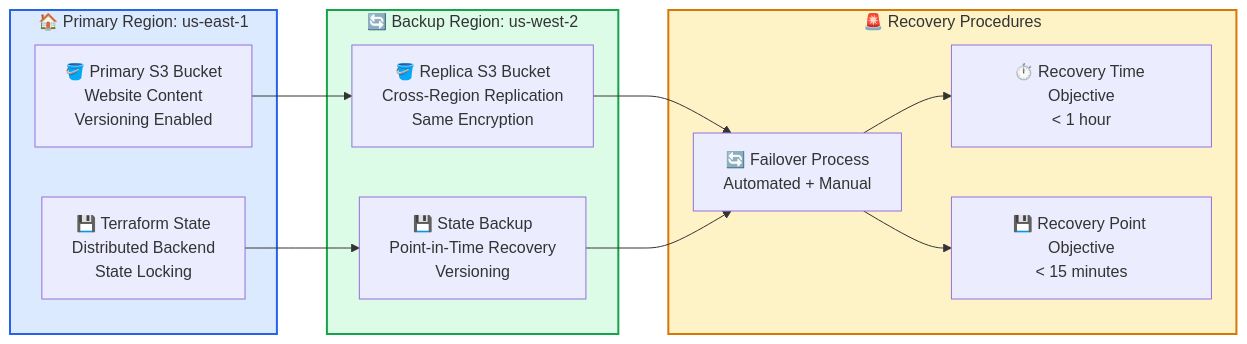
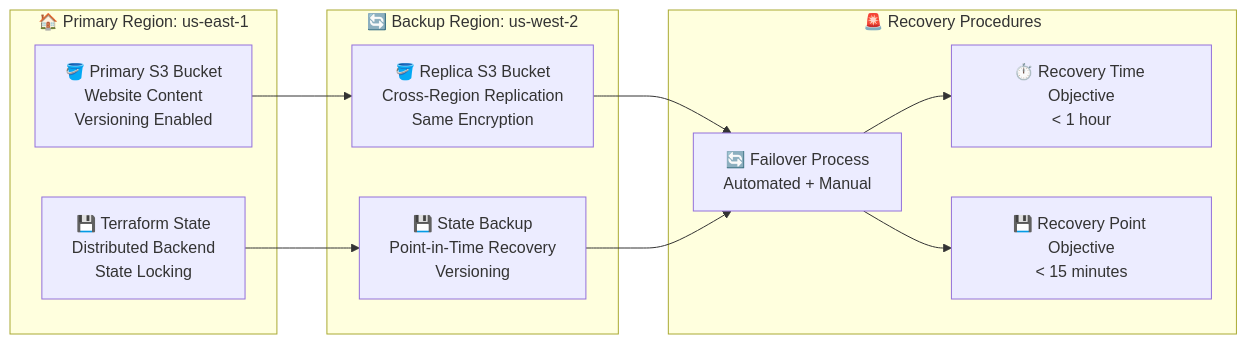
Before and after one commit to Celtikill/static-site: the eighth of 8 diagrams in docs/architecture.md, drawn with Mermaid. The commit also changed other lines of this file and 5 other files, not shown here.

````diff
--- a/docs/architecture.md
+++ b/docs/architecture.md
@@ -352,33 +300,27 @@
 ```mermaid
 graph LR
     subgraph Primary["🏠 Primary Region: us-east-1"]
         S3Primary["🪣 Primary S3 Bucket<br/>Website Content<br/>Versioning Enabled"]
         StatePrimary["💾 Terraform State<br/>Distributed Backend<br/>State Locking"]
     end
 
     subgraph Backup["🔄 Backup Region: us-west-2"]
         S3Replica["🪣 Replica S3 Bucket<br/>Cross-Region Replication<br/>Same Encryption"]
         StateBackup["💾 State Backup<br/>Point-in-Time Recovery<br/>Versioning"]
     end
 
     subgraph Recovery["🚨 Recovery Procedures"]
         RTO["⏱️ Recovery Time Objective<br/>< 1 hour"]
         RPO["💾 Recovery Point Objective<br/>< 15 minutes"]
         Failover["🔄 Failover Process<br/>Automated + Manual"]
     end
 
     S3Primary --> S3Replica
     StatePrimary --> StateBackup
     S3Replica --> Failover
     StateBackup --> Failover
     Failover --> RTO
     Failover --> RPO
 
-    classDef primaryStyle fill:#dbeafe,stroke:#2563eb,stroke-width:2px
-    classDef backupStyle fill:#dcfce7,stroke:#16a34a,stroke-width:2px
-    classDef recoveryStyle fill:#fef3c7,stroke:#d97706,stroke-width:2px
 
-    class Primary primaryStyle
-    class Backup backupStyle
-    class Recovery recoveryStyle
 ```
````
